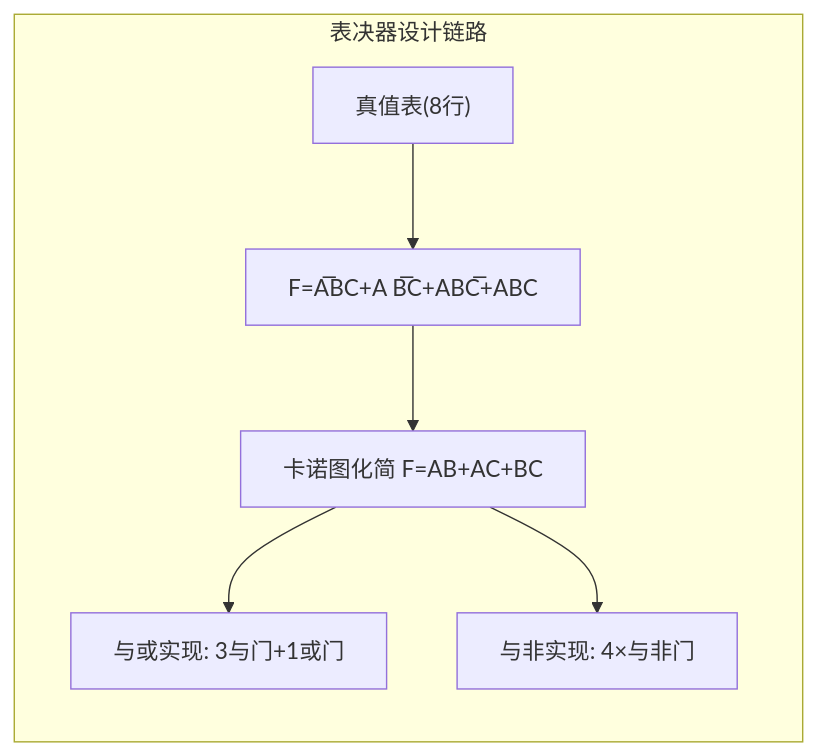
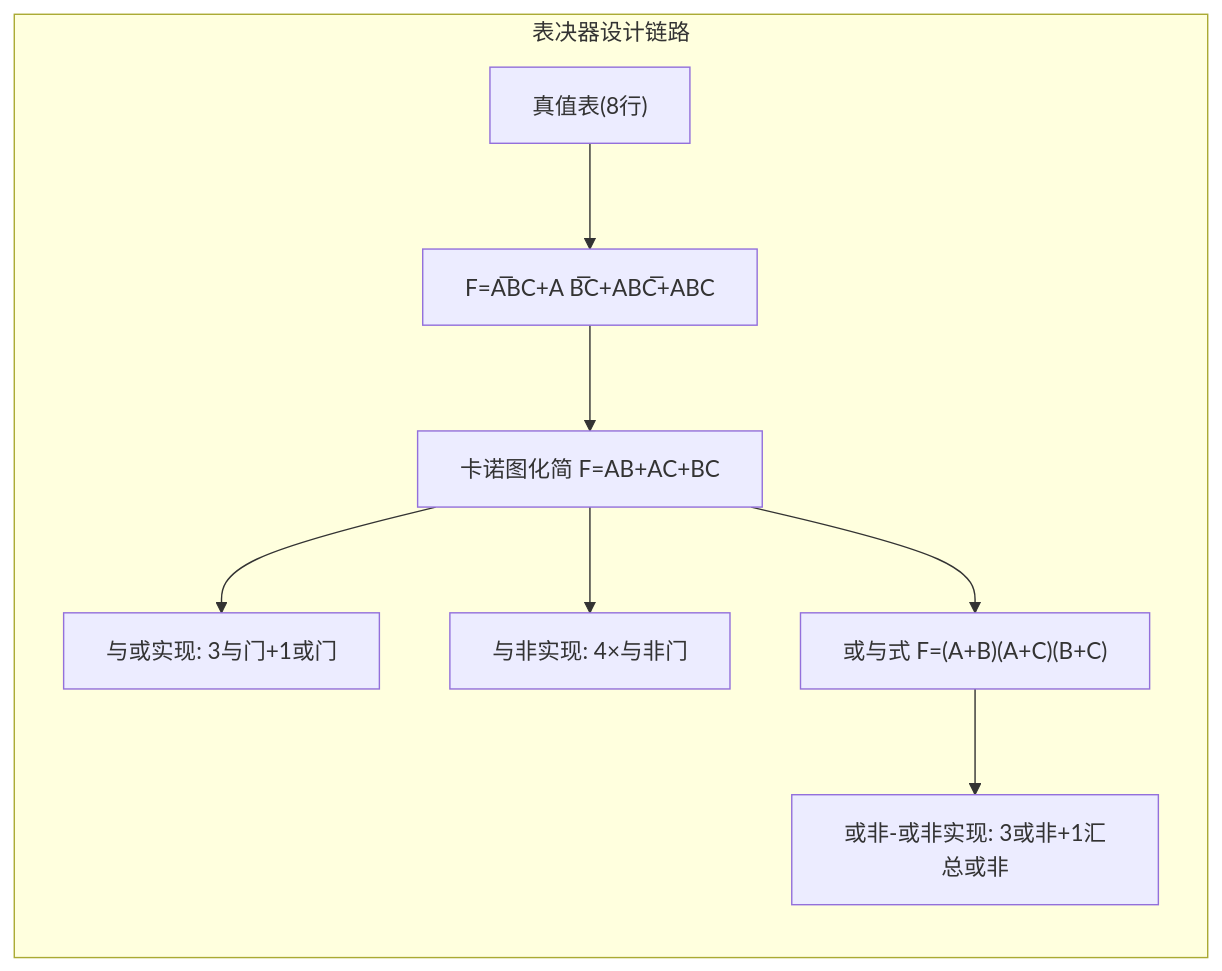
The second of 2 diagrams in 第4章_组合逻辑电路/4.2_组合逻辑电路的设计方法.md (Kastrovsky/hrbust-cs-shudian-notes), drawn with Mermaid before and after one commit. The commit also changed other lines of this file and 14 other files, not shown here.

````diff
--- a/第4章_组合逻辑电路/4.2_组合逻辑电路的设计方法.md
+++ b/第4章_组合逻辑电路/4.2_组合逻辑电路的设计方法.md
@@ -66,9 +101,11 @@
 ```mermaid
 flowchart LR
     subgraph 表决器设计链路
     T["真值表(8行)"] --> E1["F=A̅BC+A B̅C+ABC̅+ABC"]
     E1 --> E2["卡诺图化简 F=AB+AC+BC"]
     E2 --> G1["与或实现: 3与门+1或门"]
     E2 --> G2["与非实现: 4×与非门"]
+    E2 --> G3["或与式 F=(A+B)(A+C)(B+C)"]
+    G3 --> G4["或非-或非实现: 3或非+1汇总或非"]
     end
 ```
````
